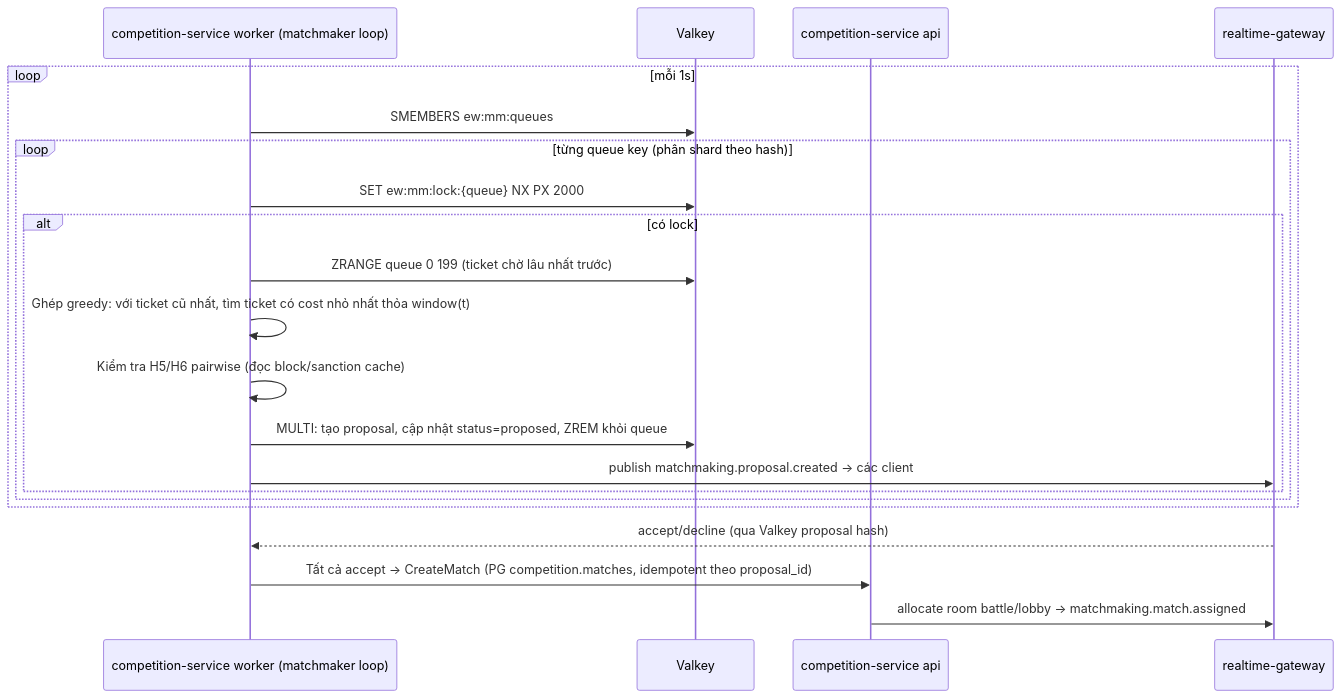
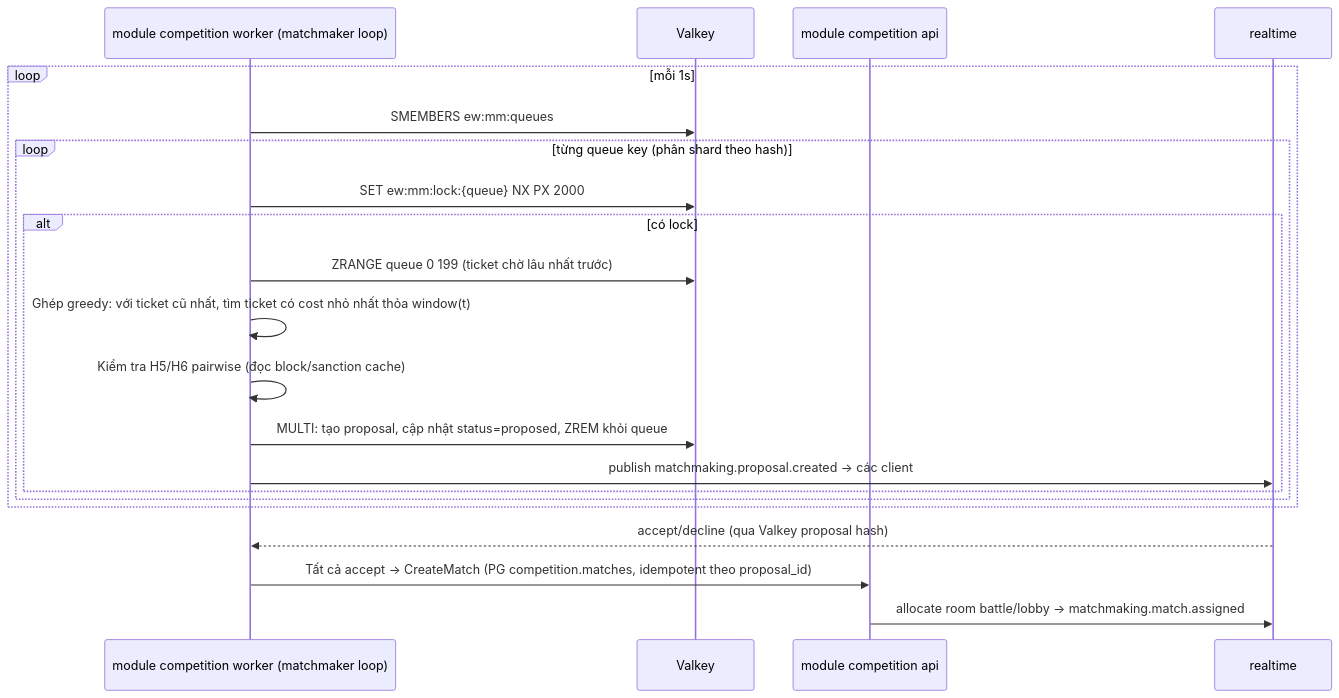
The third of 3 diagrams in docs/03-social-multiplayer/MATCHMAKING.md (tanguyen2020/eduworld-platform), drawn with Mermaid before and after one commit. The commit also changed other lines of this file and 922 other files, not shown here.

````diff
--- a/docs/03-social-multiplayer/MATCHMAKING.md
+++ b/docs/03-social-multiplayer/MATCHMAKING.md
@@ -139,23 +139,23 @@
 ```mermaid
 sequenceDiagram
-  participant W as competition-service worker (matchmaker loop)
+  participant W as module competition worker (matchmaker loop)
   participant VK as Valkey
-  participant API as competition-service api
-  participant RT as realtime-gateway
+  participant API as module competition api
+  participant RT as realtime
   loop mỗi 1s
     W->>VK: SMEMBERS ew:mm:queues
     loop từng queue key (phân shard theo hash)
       W->>VK: SET ew:mm:lock:{queue} NX PX 2000
       alt có lock
         W->>VK: ZRANGE queue 0 199 (ticket chờ lâu nhất trước)
         W->>W: Ghép greedy: với ticket cũ nhất, tìm ticket có cost nhỏ nhất thỏa window(t)
         W->>W: Kiểm tra H5/H6 pairwise (đọc block/sanction cache)
         W->>VK: MULTI: tạo proposal, cập nhật status=proposed, ZREM khỏi queue
         W->>RT: publish matchmaking.proposal.created → các client
       end
     end
   end
   RT-->>W: accept/decline (qua Valkey proposal hash)
   W->>API: Tất cả accept → CreateMatch (PG competition.matches, idempotent theo proposal_id)
   API->>RT: allocate room battle/lobby → matchmaking.match.assigned
 ```
````
